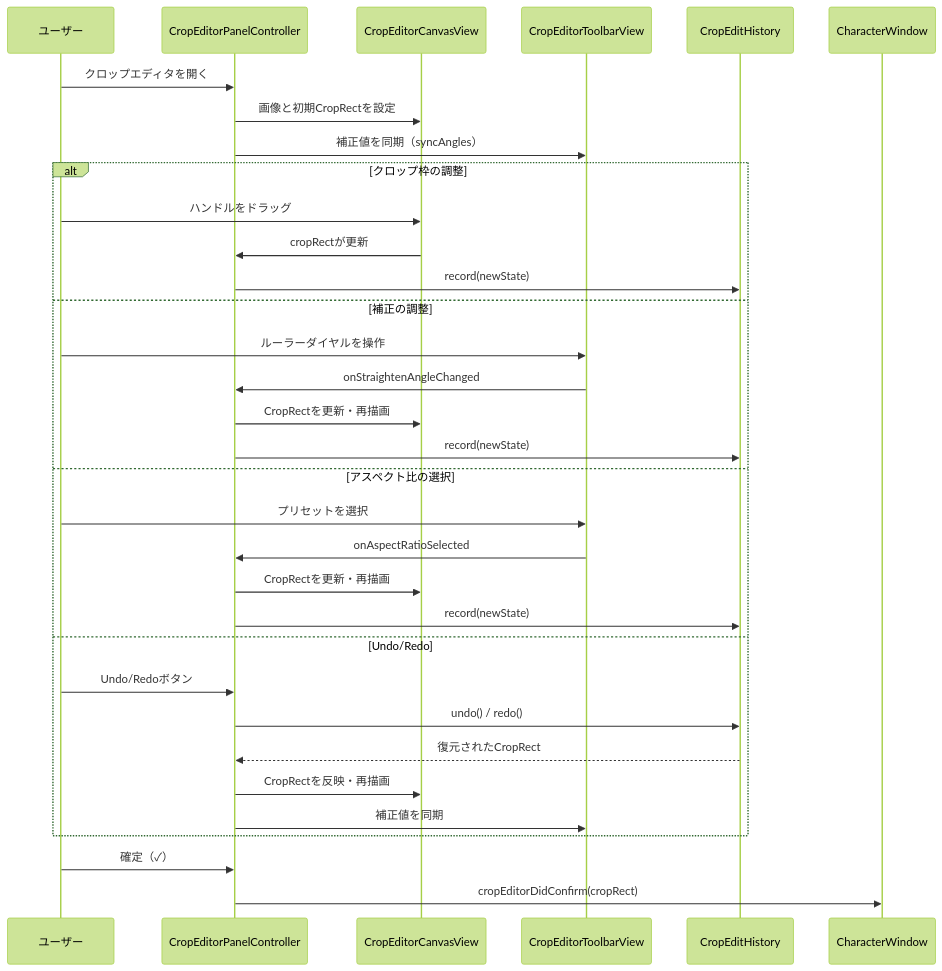
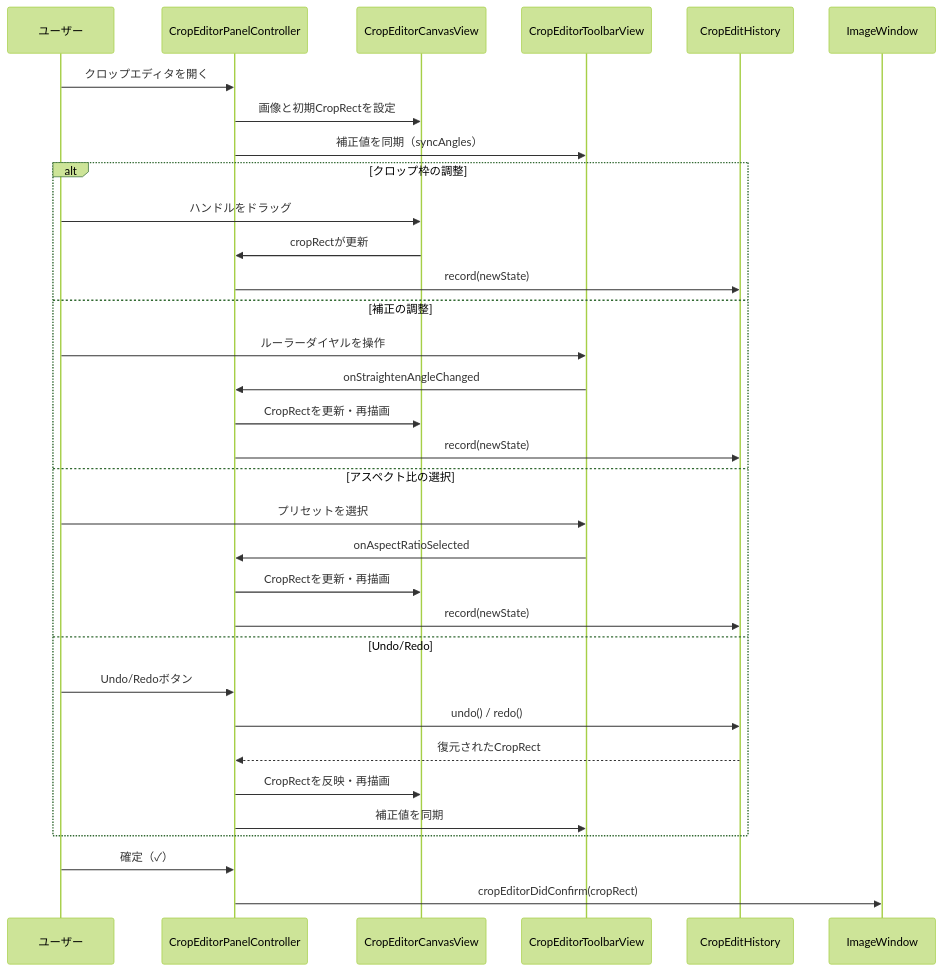
The fourth of 5 diagrams in docs/guide/data-flow.md (shiroemons/sobani), drawn with Mermaid (forest theme) before and after one commit. The commit also changed other lines of this file and 27 other files, not shown here.

Commit message:
refactor: CharacterWindow を ImageWindow にリネーム

````diff
--- a/docs/guide/data-flow.md
+++ b/docs/guide/data-flow.md
@@ -259,38 +259,38 @@
 ```mermaid
 sequenceDiagram
     participant User as ユーザー
     participant CEP as CropEditorPanelController
     participant CCV as CropEditorCanvasView
     participant CTV as CropEditorToolbarView
     participant CEH as CropEditHistory
-    participant CW as CharacterWindow
+    participant CW as ImageWindow
 
     User->>CEP: クロップエディタを開く
     CEP->>CCV: 画像と初期CropRectを設定
     CEP->>CTV: 補正値を同期（syncAngles）
 
     alt クロップ枠の調整
         User->>CCV: ハンドルをドラッグ
         CCV->>CEP: cropRectが更新
         CEP->>CEH: record(newState)
     else 補正の調整
         User->>CTV: ルーラーダイヤルを操作
         CTV->>CEP: onStraightenAngleChanged
         CEP->>CCV: CropRectを更新・再描画
         CEP->>CEH: record(newState)
     else アスペクト比の選択
         User->>CTV: プリセットを選択
         CTV->>CEP: onAspectRatioSelected
         CEP->>CCV: CropRectを更新・再描画
         CEP->>CEH: record(newState)
     else Undo/Redo
         User->>CEP: Undo/Redoボタン
         CEP->>CEH: undo() / redo()
         CEH-->>CEP: 復元されたCropRect
         CEP->>CCV: CropRectを反映・再描画
         CEP->>CTV: 補正値を同期
     end
 
     User->>CEP: 確定（✓）
     CEP->>CW: cropEditorDidConfirm(cropRect)
 ```
````
